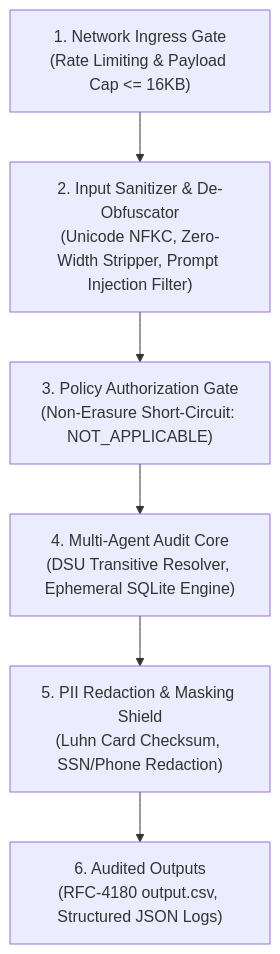
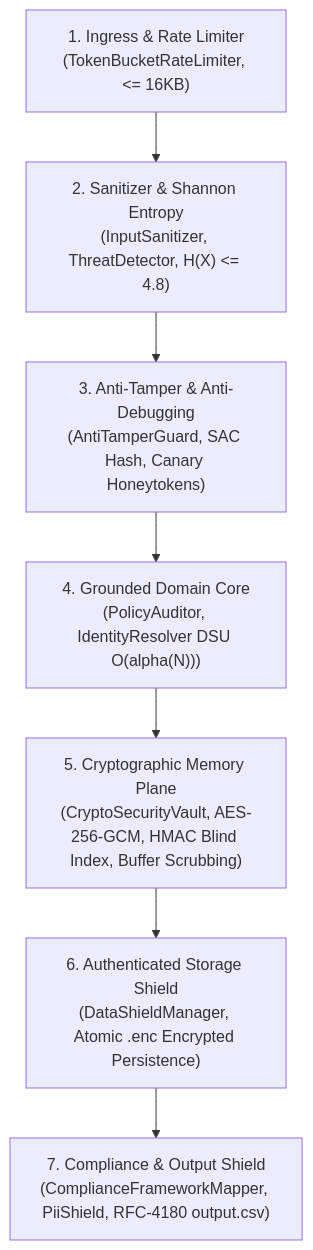
Before and after one commit to piyushmakhija28/hackerrank-orchestrate-october26: the diagram in docs/security_and_threat_model.md, drawn with Mermaid. The commit also changed other lines of this file and 7 other files, not shown here.

````diff
--- a/docs/security_and_threat_model.md
+++ b/docs/security_and_threat_model.md
@@ -32,15 +53,17 @@
 ```mermaid
 flowchart TD
-    Ingress["1. Network Ingress Gate\n(Rate Limiting & Payload Cap <= 16KB)"]
-    Sanitizer["2. Input Sanitizer & De-Obfuscator\n(Unicode NFKC, Zero-Width Stripper, Prompt Injection Filter)"]
-    PolicyGate["3. Policy Authorization Gate\n(Non-Erasure Short-Circuit: NOT_APPLICABLE)"]
-    CoreEngine["4. Multi-Agent Audit Core\n(DSU Transitive Resolver, Ephemeral SQLite Engine)"]
-    PiiShield["5. PII Redaction & Masking Shield\n(Luhn Card Checksum, SSN/Phone Redaction)"]
-    Egress["6. Audited Outputs\n(RFC-4180 output.csv, Structured JSON Logs)"]
+    Ingress["1. Ingress & Rate Limiter\n(TokenBucketRateLimiter, <= 16KB)"]
+    Sanitizer["2. Sanitizer & Shannon Entropy\n(InputSanitizer, ThreatDetector, H(X) <= 4.8)"]
+    Tamper["3. Anti-Tamper & Anti-Debugging\n(AntiTamperGuard, SAC Hash, Canary Honeytokens)"]
+    PolicyGate["4. Grounded Domain Core\n(PolicyAuditor, IdentityResolver DSU O(alpha(N)))"]
+    CryptoPlane["5. Cryptographic Memory Plane\n(CryptoSecurityVault, AES-256-GCM, HMAC Blind Index, Buffer Scrubbing)"]
+    DataShield["6. Authenticated Storage Shield\n(DataShieldManager, Atomic .enc Encrypted Persistence)"]
+    Egress["7. Compliance & Output Shield\n(ComplianceFrameworkMapper, PiiShield, RFC-4180 output.csv)"]
 
     Ingress --> Sanitizer
-    Sanitizer --> PolicyGate
-    PolicyGate --> CoreEngine
-    CoreEngine --> PiiShield
-    PiiShield --> Egress
+    Sanitizer --> Tamper
+    Tamper --> PolicyGate
+    PolicyGate --> CryptoPlane
+    CryptoPlane --> DataShield
+    DataShield --> Egress
 ```
````
